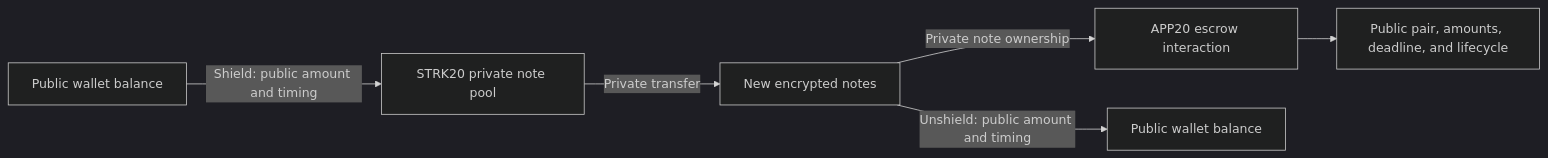
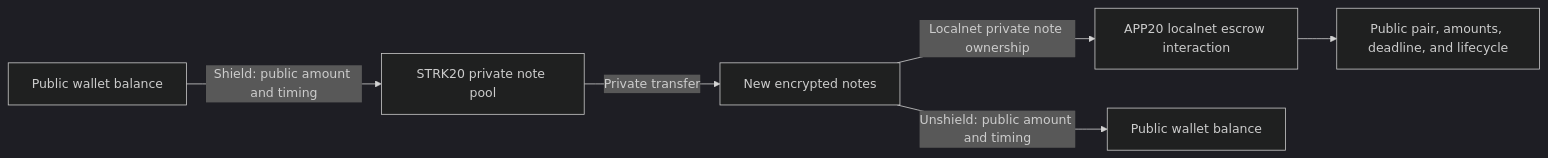
One commit to gstohl/app20 changed the second of 8 diagrams in README.md. Above: the diagram before and after it, drawn with Mermaid (dark theme). The commit also changed other lines of this file and 212 other files, not shown here.

````diff
--- a/README.md
+++ b/README.md
@@ -100,8 +106,8 @@
 ```mermaid
 flowchart LR
     A[Public wallet balance] -->|Shield: public amount and timing| P[STRK20 private note pool]
     P -->|Private transfer| Q[New encrypted notes]
-    Q -->|Private note ownership| E[APP20 escrow interaction]
+    Q -->|Localnet private note ownership| E[APP20 localnet escrow interaction]
     Q -->|Unshield: public amount and timing| B[Public wallet balance]
     E --> C[Public pair, amounts, deadline, and lifecycle]
 ```
````
